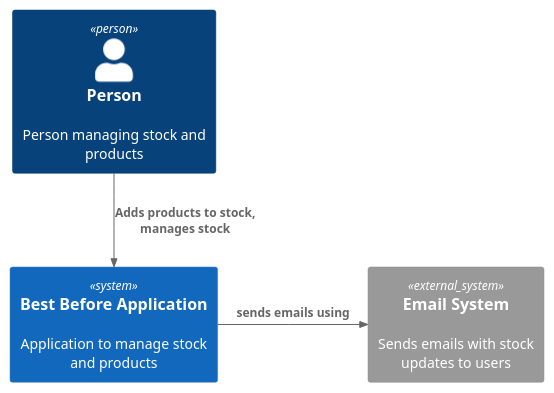
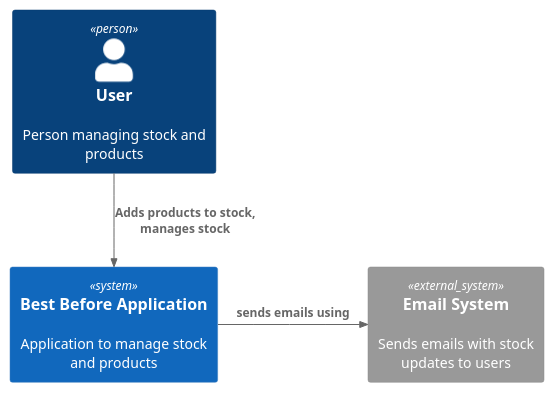
Before and after one commit to jacobduijzer/BestBeforeAzure: the diagram in documentation/systemcontext.pu, drawn with PlantUML. The commit also changed 2 other files, not shown here.

```diff
--- a/documentation/systemcontext.pu
+++ b/documentation/systemcontext.pu
@@ -1,11 +1,11 @@
 @startuml C4_Elements
 !include https://raw.githubusercontent.com/plantuml-stdlib/C4-PlantUML/master/C4_Context.puml
 
-Person(personAlias, "Person", "Person managing stock and products")
+Person(personAlias, "User", "Person managing stock and products")
 
 System(systemAlias, "Best Before Application", "Application to manage stock and products")
 System_Ext(emailSystemAlias, "Email System", "Sends emails with stock updates to users")
 
 Rel(personAlias, systemAlias, "Adds products to stock, manages stock")
 Rel_R(systemAlias, emailSystemAlias, "sends emails using")
 @enduml
```
